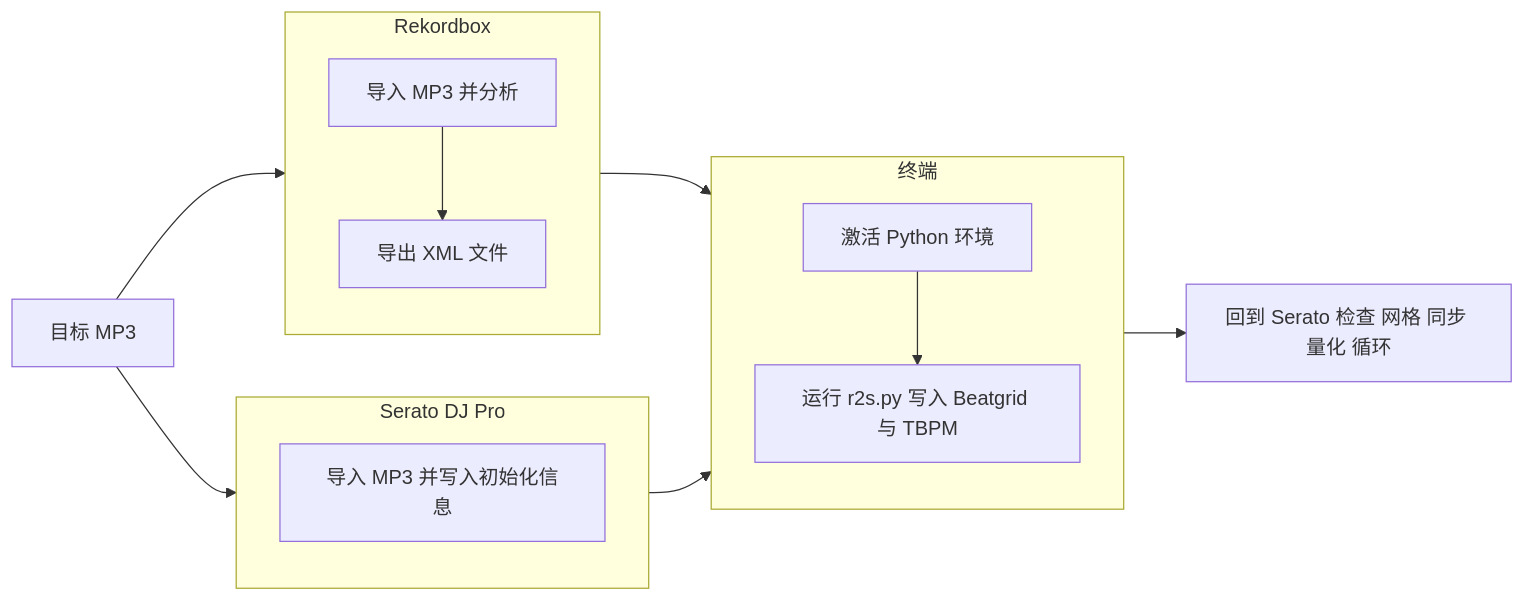
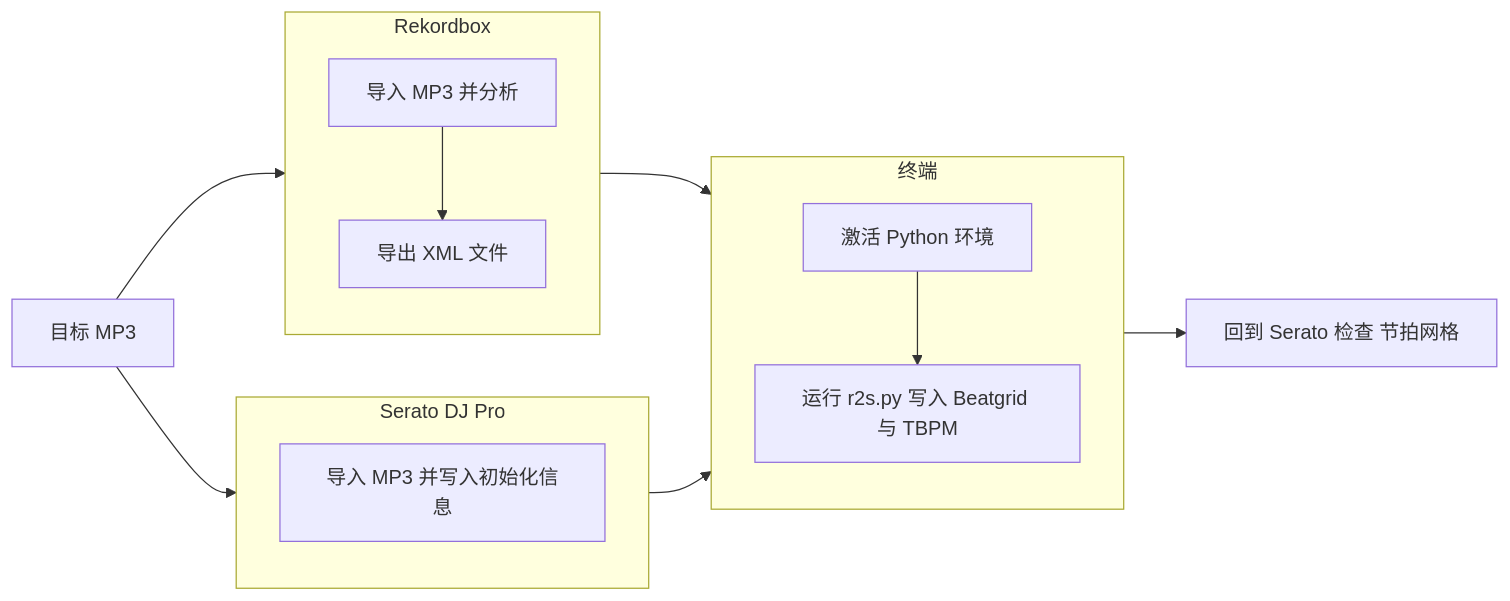
The diagram in README_zh.md (8rian6/r2s-beatgrid), drawn with Mermaid before and after one commit.

````diff
--- a/README_zh.md
+++ b/README_zh.md
@@ -43,33 +43,33 @@
 ```mermaid
 flowchart LR
   B[目标 MP3]
 
   %% 并行分支
   B --> C
   B --> E
 
   subgraph S[Serato DJ Pro]
     direction TB
     C[导入 MP3 并写入初始化信息]
   end
 
   subgraph R[Rekordbox]
     direction TB
     E[导入 MP3 并分析]
     F[导出 XML 文件]
     E --> F
   end
 
   subgraph CLI[终端]
     direction TB
     H[激活 Python 环境]
     I[运行 r2s.py 写入 Beatgrid 与 TBPM]
     H --> I
   end
 
   %% 合流：Serato 与 Rekordbox 的产出 + 激活环境 → 写入
   C --> I
   F --> I
 
-  I --> J[回到 Serato 检查 网格 同步 量化 循环]
+  I --> J[回到 Serato 检查 节拍网格]
 ```
````
